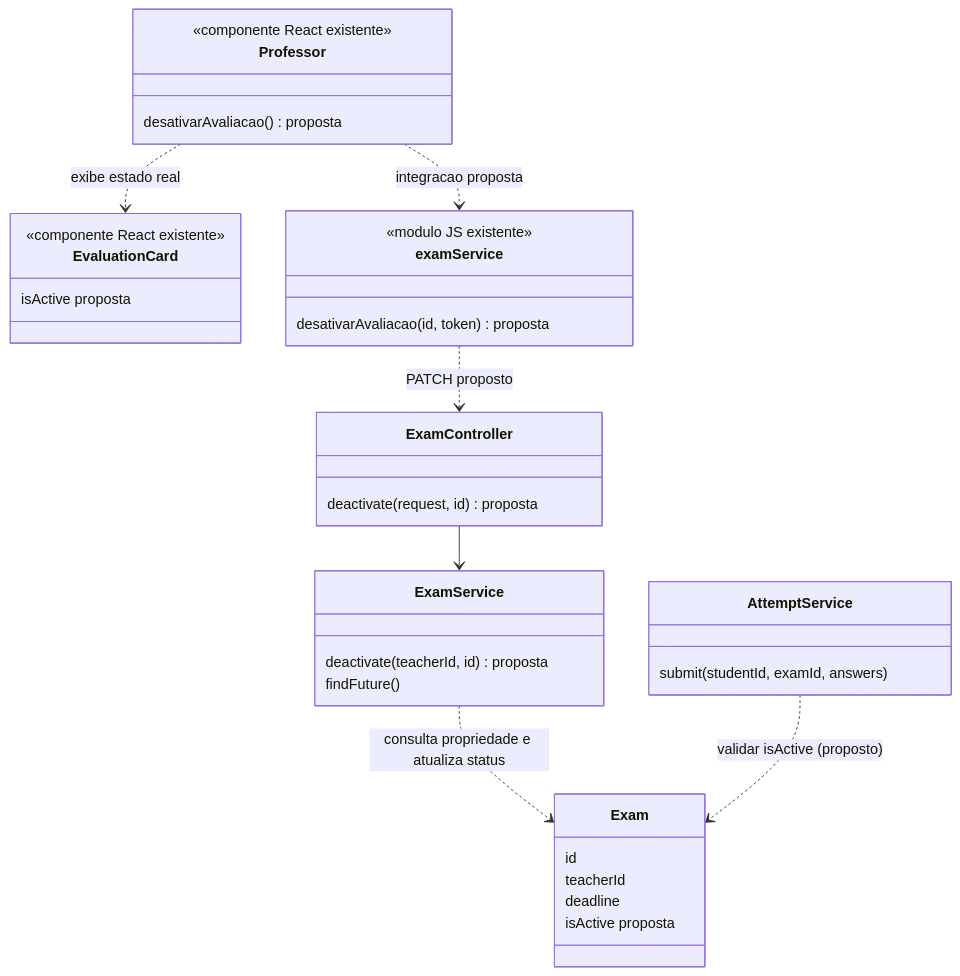
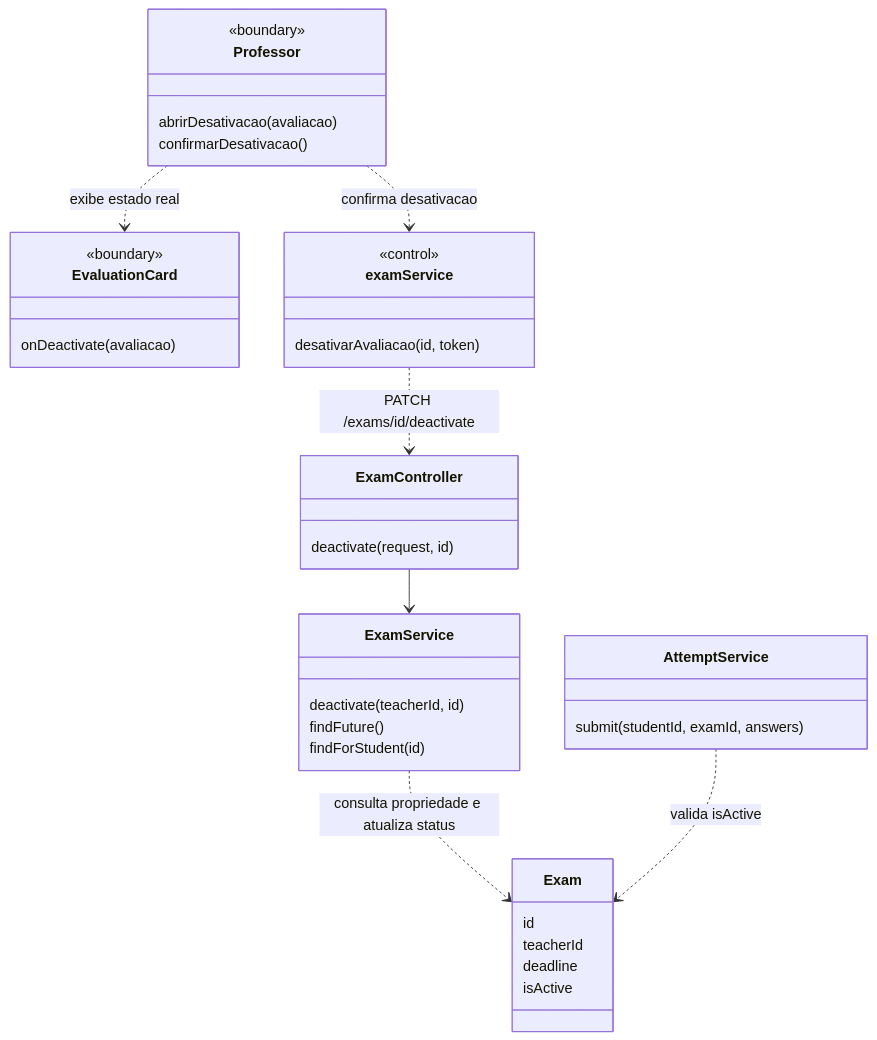
The first of 2 diagrams in docs/10-desativar-avaliacao.md (p-v-dev/PIM-IV), drawn with Mermaid before and after one commit. The commit also changed other lines of this file and 21 other files, not shown here.

Commit message:
Criação da UML e termino de criação da Web

````diff
--- a/docs/10-desativar-avaliacao.md
+++ b/docs/10-desativar-avaliacao.md
@@ -101,37 +98,39 @@
 ```mermaid
 classDiagram
     class Professor {
-        <<componente React existente>>
-        desativarAvaliacao() proposta
+        <<boundary>>
+        abrirDesativacao(avaliacao)
+        confirmarDesativacao()
     }
     class EvaluationCard {
-        <<componente React existente>>
-        isActive proposta
+        <<boundary>>
+        onDeactivate(avaliacao)
     }
     class examService {
-        <<modulo JS existente>>
-        desativarAvaliacao(id, token) proposta
+        <<control>>
+        desativarAvaliacao(id, token)
     }
     class ExamController {
-        deactivate(request, id) proposta
+        deactivate(request, id)
     }
     class ExamService {
-        deactivate(teacherId, id) proposta
+        deactivate(teacherId, id)
         findFuture()
+        findForStudent(id)
     }
     class Exam {
         id
         teacherId
         deadline
-        isActive proposta
+        isActive
     }
     class AttemptService {
         submit(studentId, examId, answers)
     }
     Professor ..> EvaluationCard : exibe estado real
-    Professor ..> examService : integracao proposta
-    examService ..> ExamController : PATCH proposto
+    Professor ..> examService : confirma desativacao
+    examService ..> ExamController : PATCH /exams/id/deactivate
     ExamController --> ExamService
     ExamService ..> Exam : consulta propriedade e atualiza status
-    AttemptService ..> Exam : validar isActive (proposto)
+    AttemptService ..> Exam : valida isActive
 ```
````
